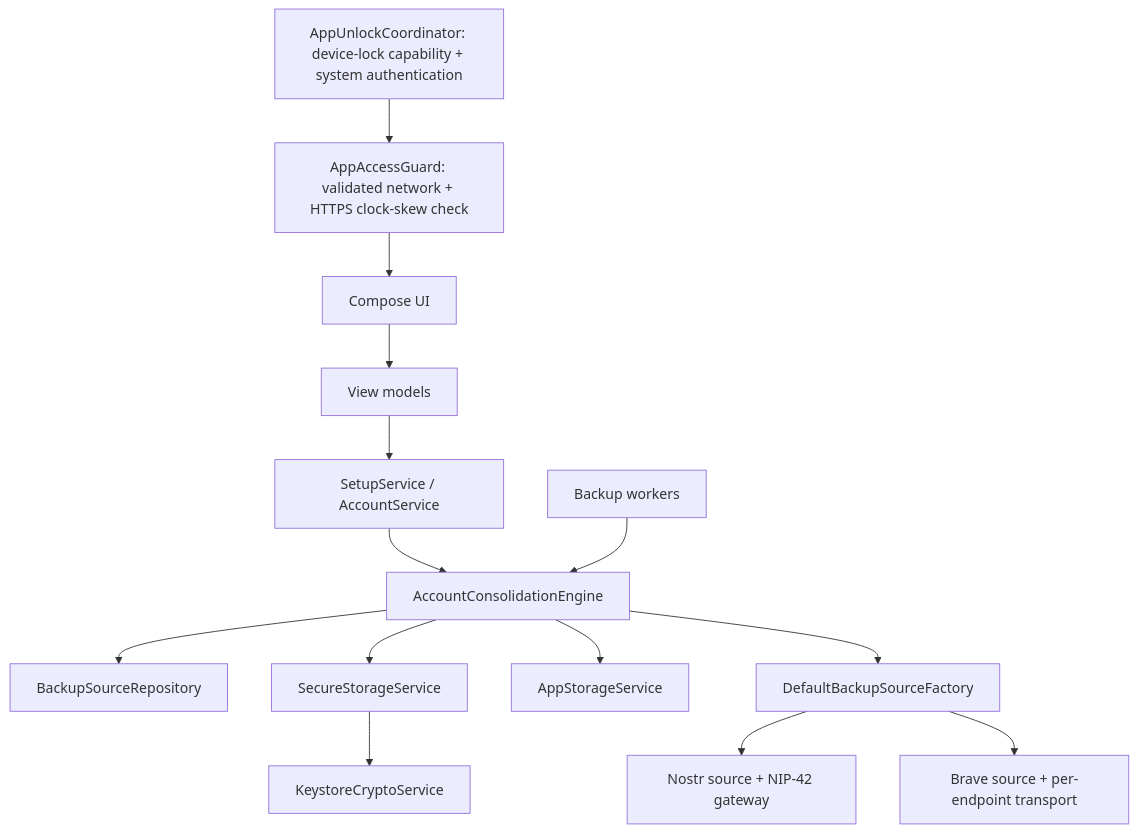
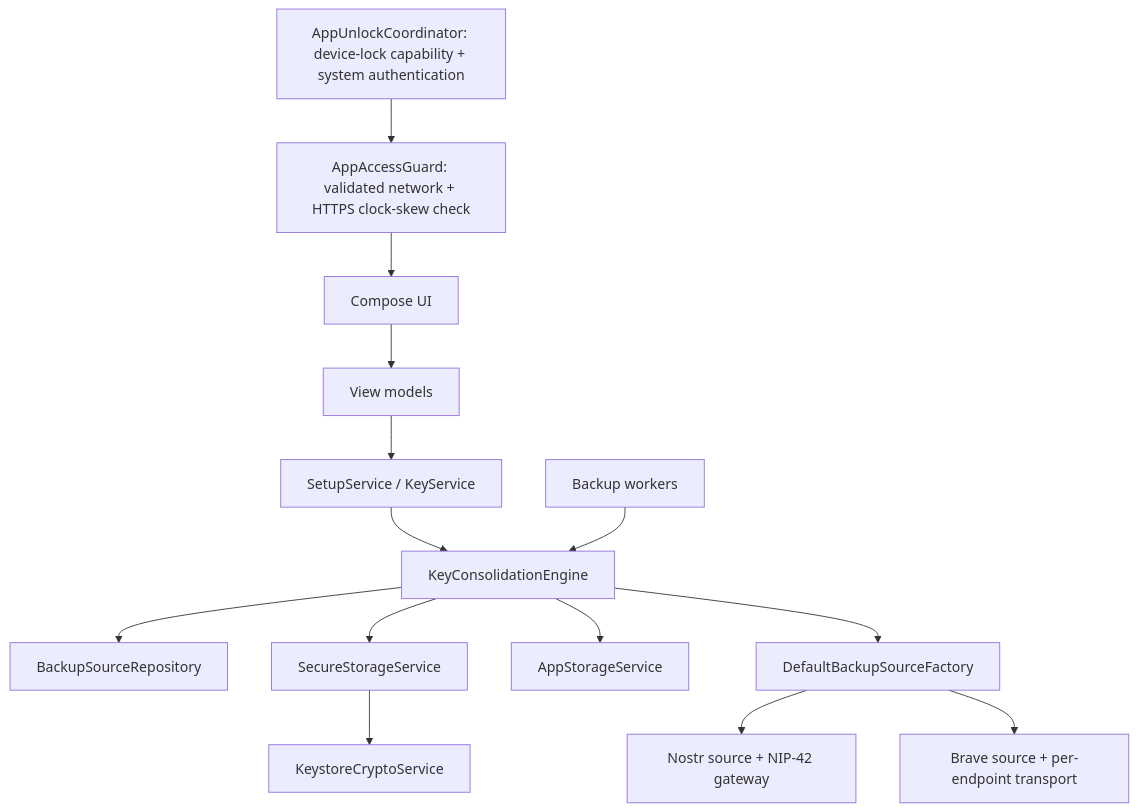
Before and after one commit to ZenTenApp/vault-kotlin: the diagram in docs/technical/architecture.md, drawn with Mermaid. The commit also changed other lines of this file and 144 other files, not shown here.

First line of the commit message:
refactor: rename Account to Key across the project

````diff
--- a/docs/technical/architecture.md
+++ b/docs/technical/architecture.md
@@ -29,16 +29,16 @@
 ```mermaid
 flowchart TD
     Unlock[AppUnlockCoordinator: device-lock capability + system authentication] --> Guard[AppAccessGuard: validated network + HTTPS clock-skew check]
     Guard --> UI[Compose UI]
     UI[Compose UI] --> VM[View models]
-    VM --> Setup[SetupService / AccountService]
-    Setup --> Engine[AccountConsolidationEngine]
+    VM --> Setup[SetupService / KeyService]
+    Setup --> Engine[KeyConsolidationEngine]
     Workers[Backup workers] --> Engine
     Engine --> Repo[BackupSourceRepository]
     Engine --> Secure[SecureStorageService]
     Secure --> Crypto[KeystoreCryptoService]
     Engine --> State[AppStorageService]
     Engine --> Factory[DefaultBackupSourceFactory]
     Factory --> Relay[Nostr source + NIP-42 gateway]
     Factory --> Brave[Brave source + per-endpoint transport]
 ```
````
